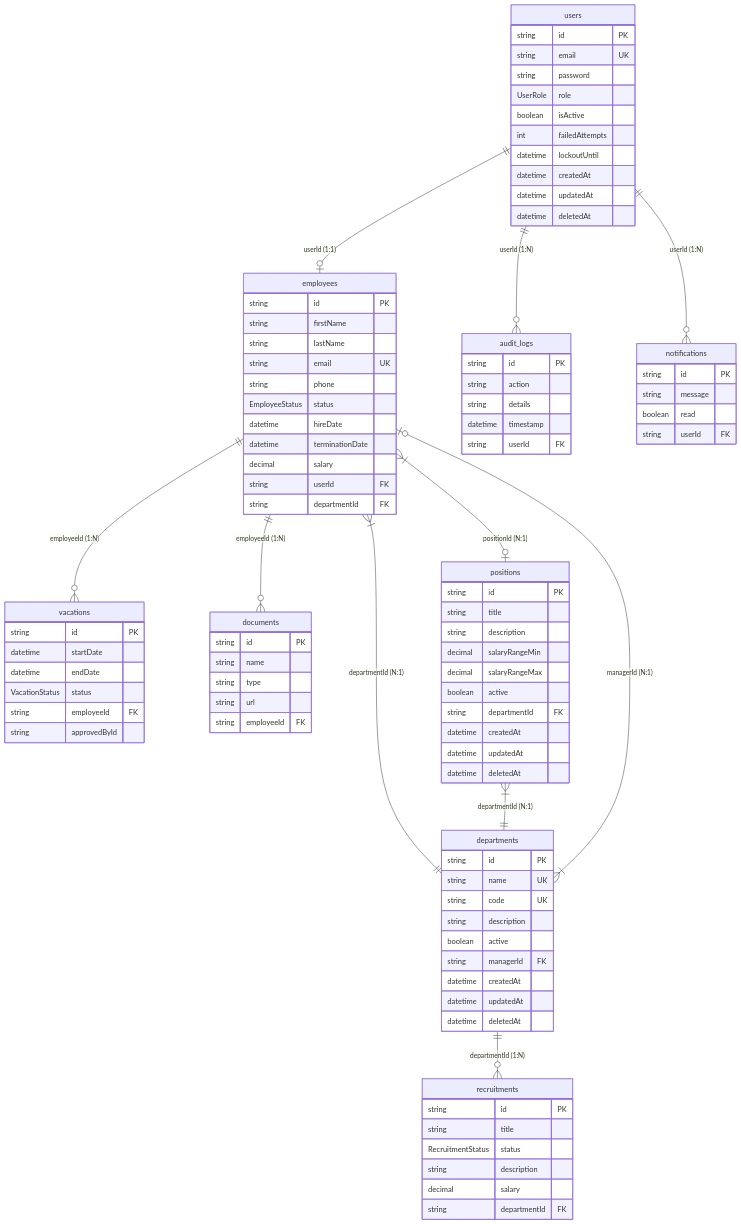
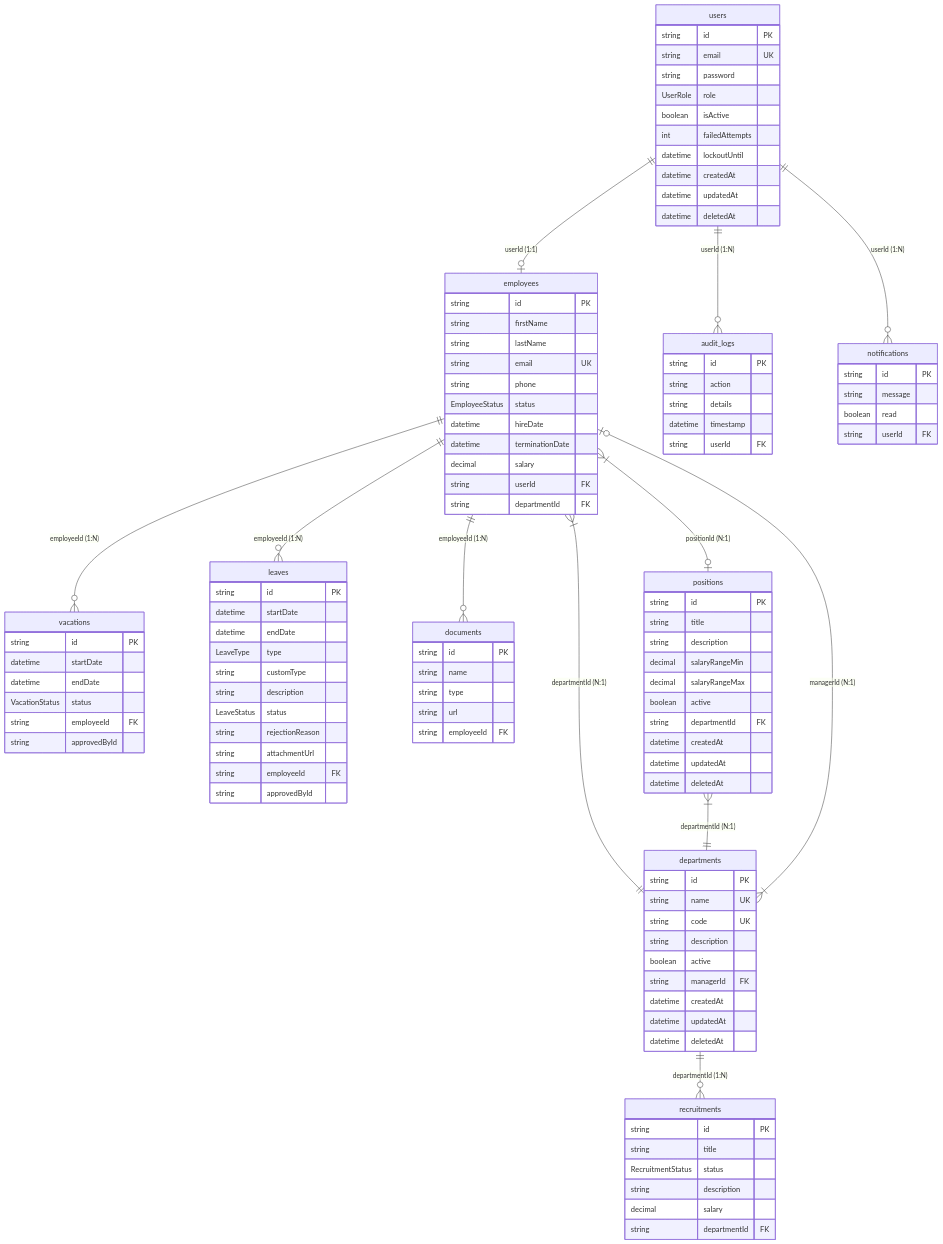
Before and after one commit to gui-bus/Atlas-HRMS: the diagram in docs/database.md, drawn with Mermaid. The commit also changed 1 other file, not shown here.

Commit message:
docs: update system design docs with leave schema and ViaCEP validations

```diff
--- a/docs/database.md
+++ b/docs/database.md
@@ -15,6 +15,7 @@
     users ||--o{ notifications : "userId (1:N)"
     employees }|--|| departments : "departmentId (N:1)"
     employees ||--o{ vacations : "employeeId (1:N)"
+    employees ||--o{ leaves : "employeeId (1:N)"
     employees ||--o{ documents : "employeeId (1:N)"
     departments ||--o{ recruitments : "departmentId (1:N)"
     departments }|--o| employees : "managerId (N:1)"
@@ -90,6 +91,20 @@
         string approvedById
     }
 
+    leaves {
+        string id PK
+        datetime startDate
+        datetime endDate
+        LeaveType type
+        string customType
+        string description
+        LeaveStatus status
+        string rejectionReason
+        string attachmentUrl
+        string employeeId FK
+        string approvedById
+    }
+
     documents {
         string id PK
         string name
```
